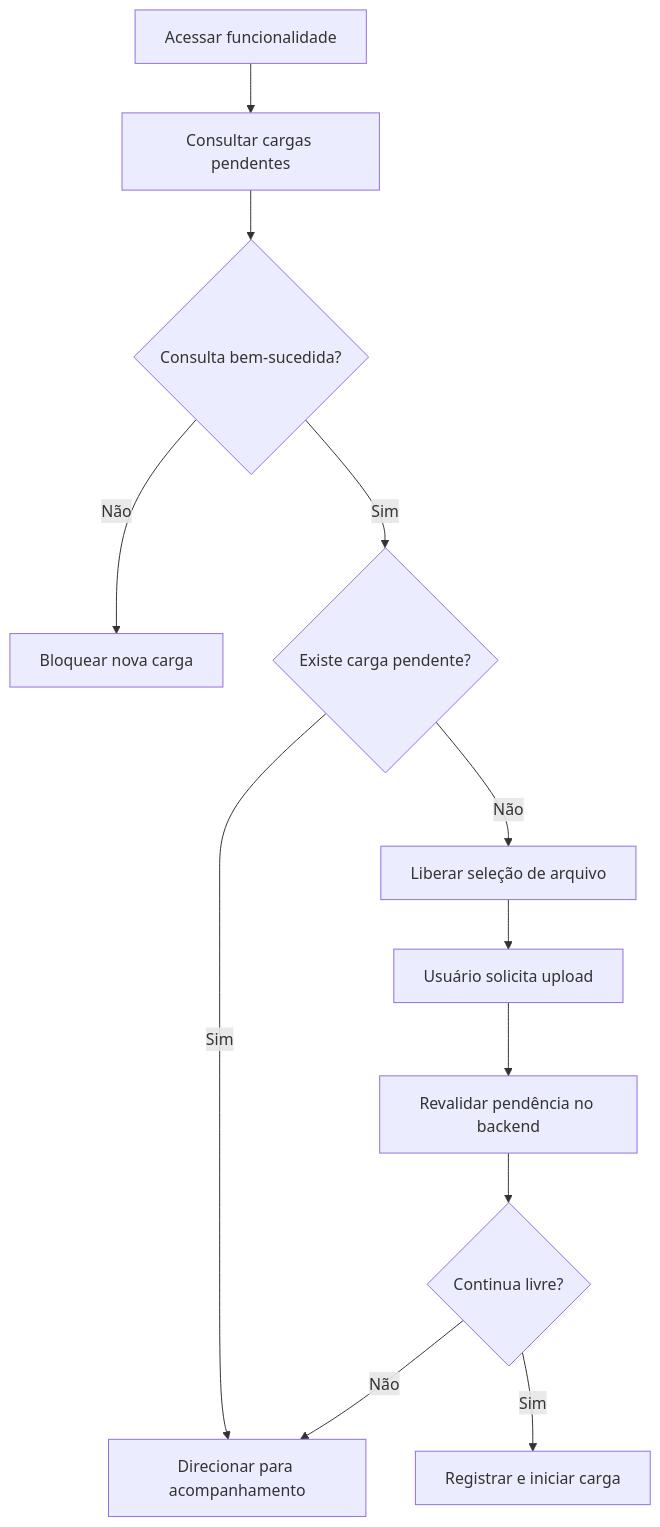
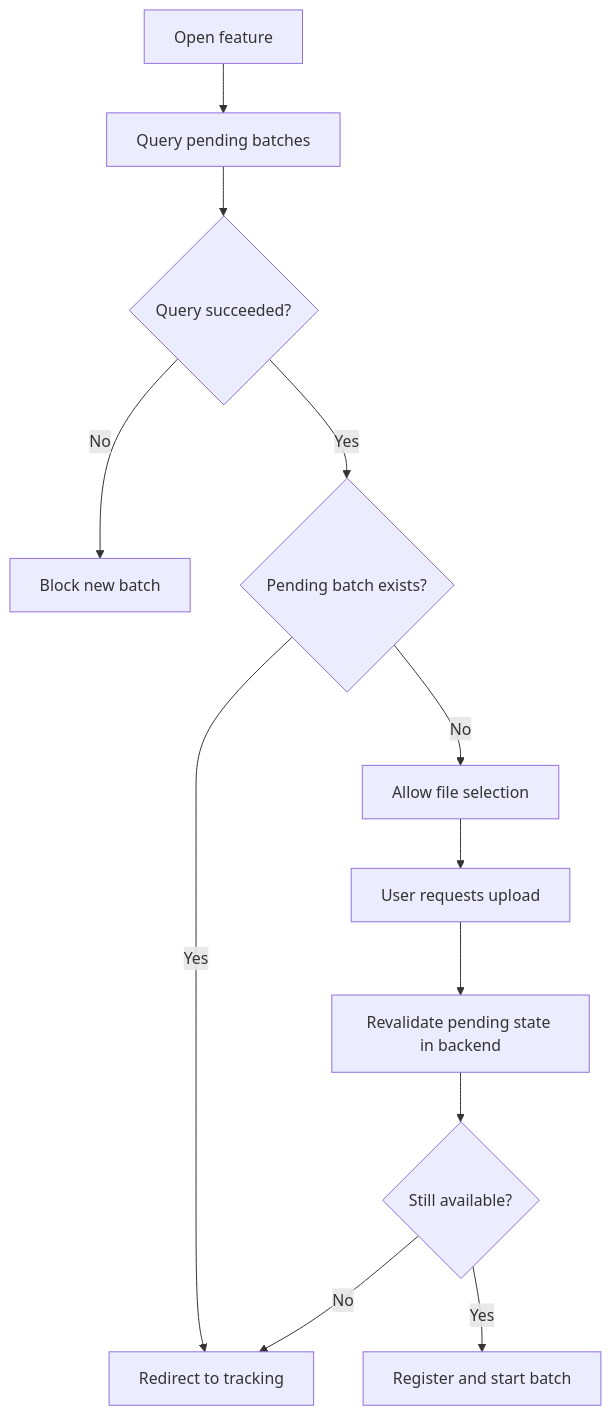
Before and after one commit to thassioiaccino/professional-case-studies: the diagram in Professional-Case-Studies/Requirements-Engineering/concurrent-file-processing/README.md, drawn with Mermaid. The commit also changed other lines of this file, not shown here.

````diff
--- a/Professional-Case-Studies/Requirements-Engineering/concurrent-file-processing/README.md
+++ b/Professional-Case-Studies/Requirements-Engineering/concurrent-file-processing/README.md
@@ -51,14 +51,14 @@
 ```mermaid
 flowchart TD
-    A[Acessar funcionalidade] --> B[Consultar cargas pendentes]
-    B --> C{Consulta bem-sucedida?}
-    C -- Não --> D[Bloquear nova carga]
-    C -- Sim --> E{Existe carga pendente?}
-    E -- Sim --> F[Direcionar para acompanhamento]
-    E -- Não --> G[Liberar seleção de arquivo]
-    G --> H[Usuário solicita upload]
-    H --> I[Revalidar pendência no backend]
-    I --> J{Continua livre?}
-    J -- Não --> F
-    J -- Sim --> K[Registrar e iniciar carga]
+    A[Open feature] --> B[Query pending batches]
+    B --> C{Query succeeded?}
+    C -- No --> D[Block new batch]
+    C -- Yes --> E{Pending batch exists?}
+    E -- Yes --> F[Redirect to tracking]
+    E -- No --> G[Allow file selection]
+    G --> H[User requests upload]
+    H --> I[Revalidate pending state in backend]
+    I --> J{Still available?}
+    J -- No --> F
+    J -- Yes --> K[Register and start batch]
 ```
````
